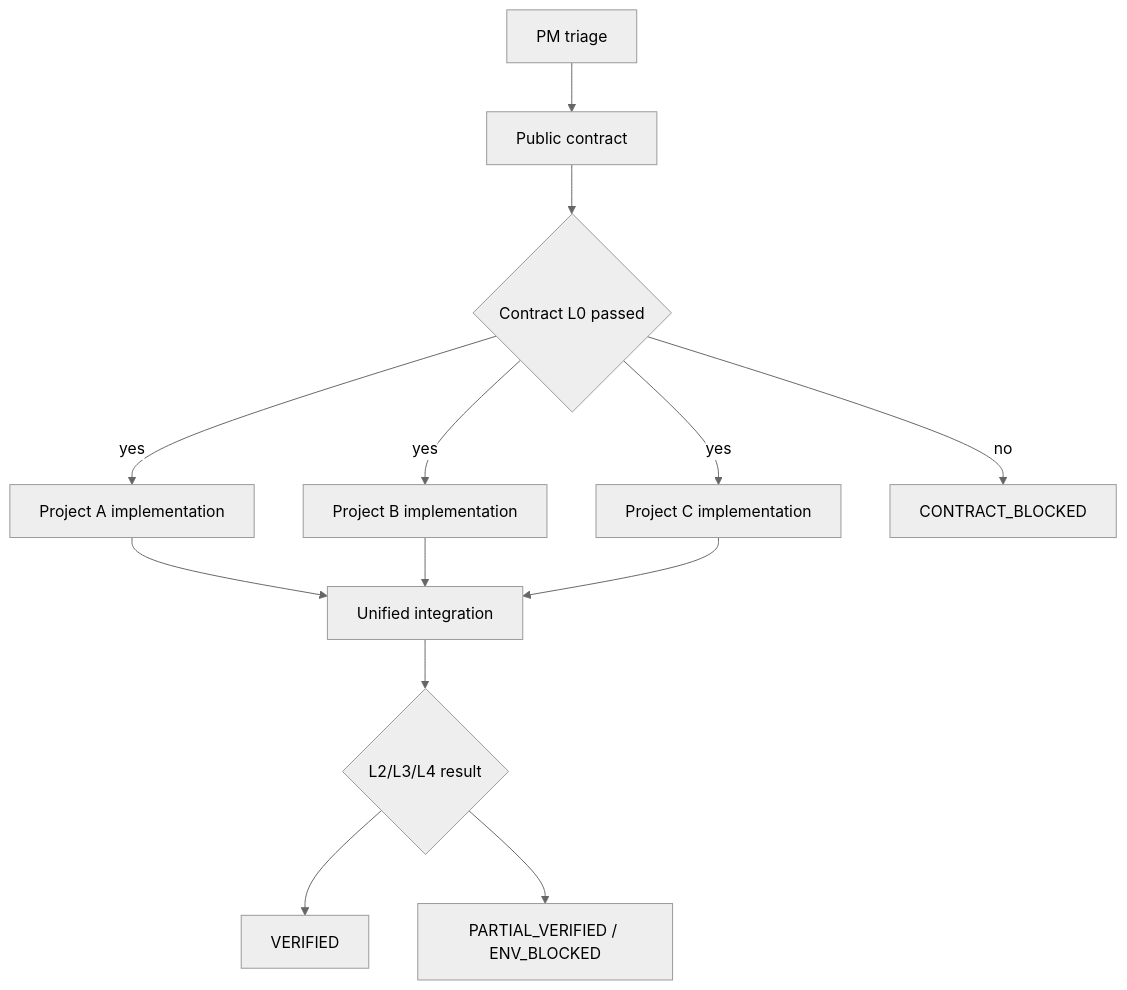
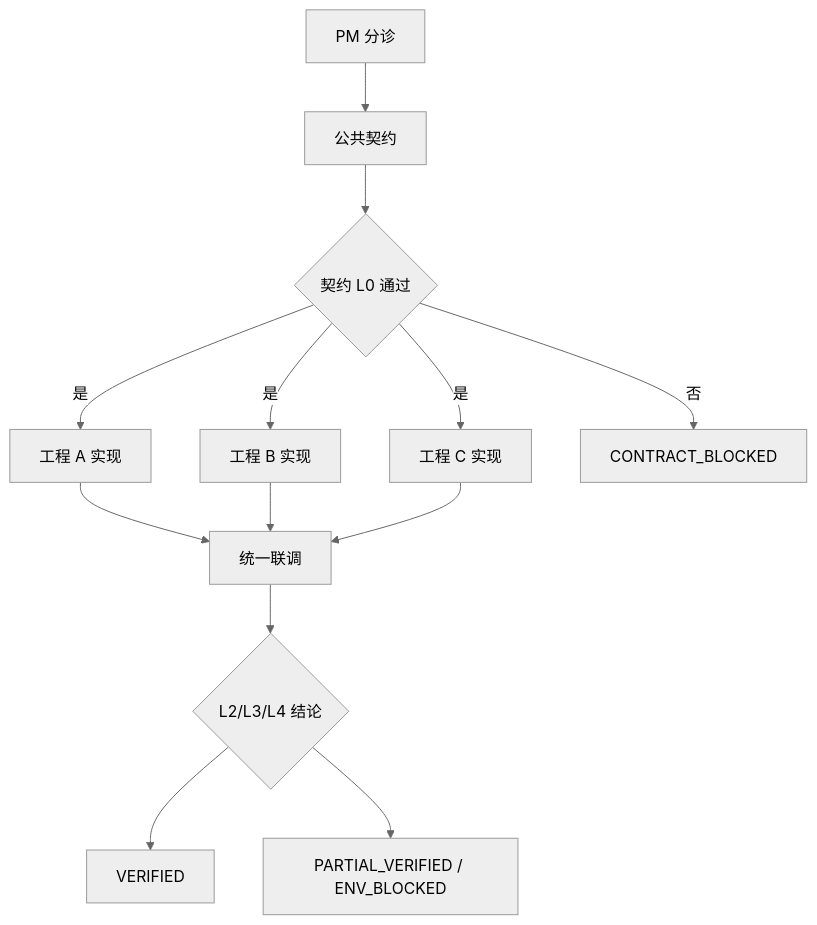
The second of 4 diagrams in README.md (wz-gis/pm-dispatch-development), drawn with Mermaid (neutral theme) before and after one commit. The commit also changed other lines of this file and 2 other files, not shown here.

````diff
--- a/README.md
+++ b/README.md
@@ -276,15 +264,15 @@
 ```mermaid
 flowchart TD
-    A["PM triage"] --> B["Public contract"]
-    B --> C{"Contract L0 passed"}
-    C -- "yes" --> D["Project A implementation"]
-    C -- "yes" --> E["Project B implementation"]
-    C -- "yes" --> F["Project C implementation"]
-    C -- "no" --> X["CONTRACT_BLOCKED"]
-    D --> G["Unified integration"]
+    A["PM 分诊"] --> B["公共契约"]
+    B --> C{"契约 L0 通过"}
+    C -- "是" --> D["工程 A 实现"]
+    C -- "是" --> E["工程 B 实现"]
+    C -- "是" --> F["工程 C 实现"]
+    C -- "否" --> X["CONTRACT_BLOCKED"]
+    D --> G["统一联调"]
     E --> G
     F --> G
-    G --> H{"L2/L3/L4 result"}
+    G --> H{"L2/L3/L4 结论"}
     H --> I["VERIFIED"]
     H --> J["PARTIAL_VERIFIED / ENV_BLOCKED"]
 ```
````
